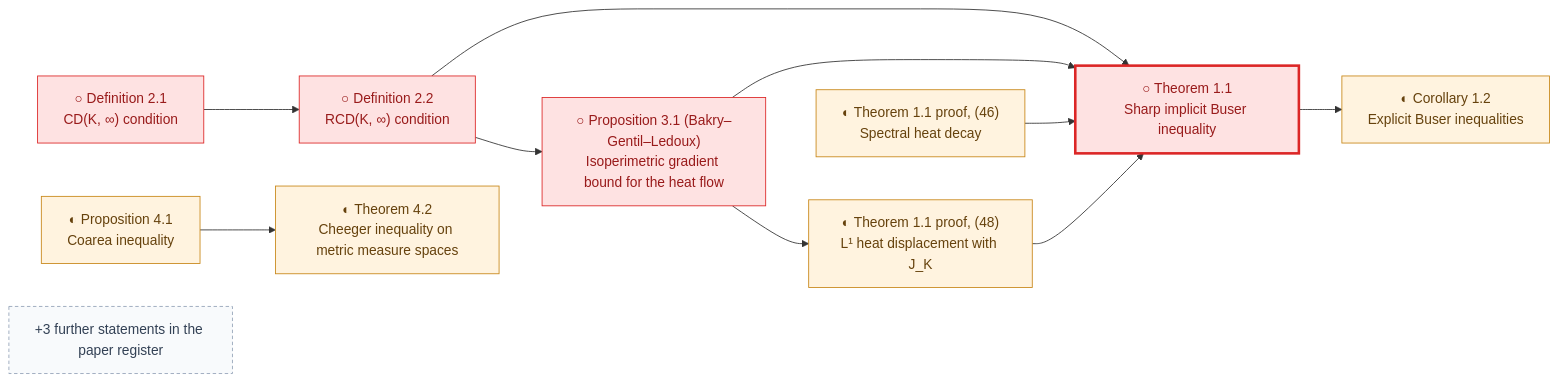
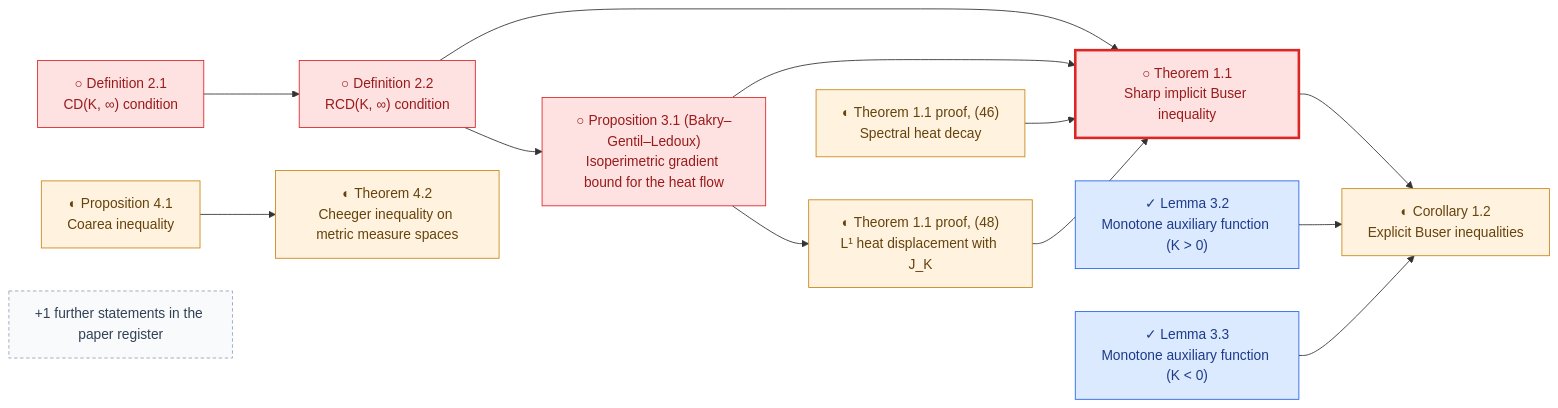
Diagram 13 of 24 in research/progress/README.md (human-ai-mathematics/kls-lean), drawn with Mermaid before and after one commit. The commit also changed other lines of this file and 10 other files, not shown here.

First line of the commit message:
Formalize De Ponti–Mondino Lemmas 3.2 and 3.3

````diff
--- a/research/progress/README.md
+++ b/research/progress/README.md
@@ -642,29 +642,35 @@
 ```mermaid
 flowchart LR
     DePontiMondino2021_T11["○ Theorem 1.1<br/>Sharp implicit Buser inequality"]
     DePontiMondino2021_C12["◐ Corollary 1.2<br/>Explicit Buser inequalities"]
     DePontiMondino2021_D21["○ Definition 2.1<br/>CD(K, ∞) condition"]
     DePontiMondino2021_D22["○ Definition 2.2<br/>RCD(K, ∞) condition"]
     DePontiMondino2021_P31["○ Proposition 3.1 (Bakry–Gentil–Ledoux)<br/>Isoperimetric gradient bound for the heat flow"]
     DePontiMondino2021_E46["◐ Theorem 1.1 proof, (46)<br/>Spectral heat decay"]
     DePontiMondino2021_E48["◐ Theorem 1.1 proof, (48)<br/>L¹ heat displacement with J_K"]
+    DePontiMondino2021_L32["✓ Lemma 3.2<br/>Monotone auxiliary function (K > 0)"]
+    DePontiMondino2021_L33["✓ Lemma 3.3<br/>Monotone auxiliary function (K < 0)"]
     DePontiMondino2021_P41["◐ Proposition 4.1<br/>Coarea inequality"]
     DePontiMondino2021_T42["◐ Theorem 4.2<br/>Cheeger inequality on metric measure spaces"]
     DePontiMondino2021_D22 --> DePontiMondino2021_T11
     DePontiMondino2021_P31 --> DePontiMondino2021_T11
     DePontiMondino2021_E46 --> DePontiMondino2021_T11
     DePontiMondino2021_E48 --> DePontiMondino2021_T11
     DePontiMondino2021_T11 --> DePontiMondino2021_C12
+    DePontiMondino2021_L32 --> DePontiMondino2021_C12
+    DePontiMondino2021_L33 --> DePontiMondino2021_C12
     DePontiMondino2021_D21 --> DePontiMondino2021_D22
     DePontiMondino2021_D22 --> DePontiMondino2021_P31
     DePontiMondino2021_P31 --> DePontiMondino2021_E48
     DePontiMondino2021_P41 --> DePontiMondino2021_T42
-    DePontiMondino2021_more["+3 further statements in the paper register"]
+    DePontiMondino2021_more["+1 further statements in the paper register"]
+    classDef lemma_formalized fill:#dbeafe,stroke:#2563eb,color:#1e3a8a;
+    class DePontiMondino2021_L32,DePontiMondino2021_L33 lemma_formalized;
     classDef lemma_partial fill:#fff3df,stroke:#c88719,color:#66420d;
     class DePontiMondino2021_C12,DePontiMondino2021_E46,DePontiMondino2021_E48,DePontiMondino2021_P41,DePontiMondino2021_T42 lemma_partial;
     classDef lemma_pending fill:#fee2e2,stroke:#dc2626,color:#991b1b;
     class DePontiMondino2021_T11,DePontiMondino2021_D21,DePontiMondino2021_D22,DePontiMondino2021_P31 lemma_pending;
     style DePontiMondino2021_T11 stroke-width:3px
     classDef lemma_more fill:#f8fafc,stroke:#94a3b8,color:#334155,stroke-dasharray:4 3;
     class DePontiMondino2021_more lemma_more;
 ```
````
